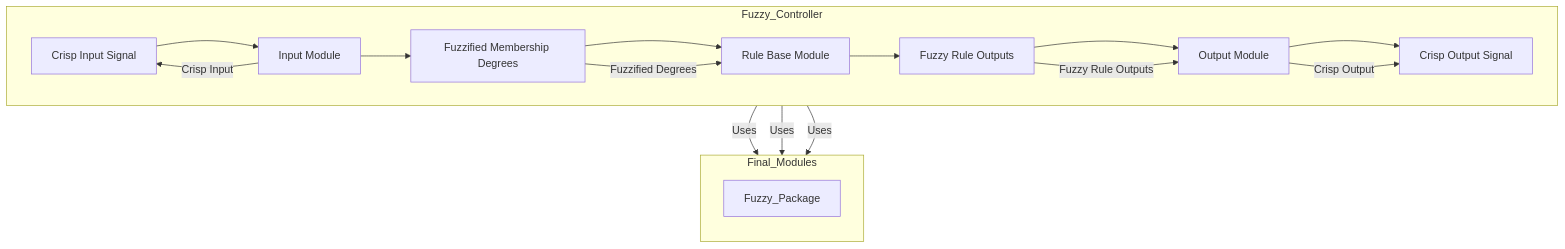
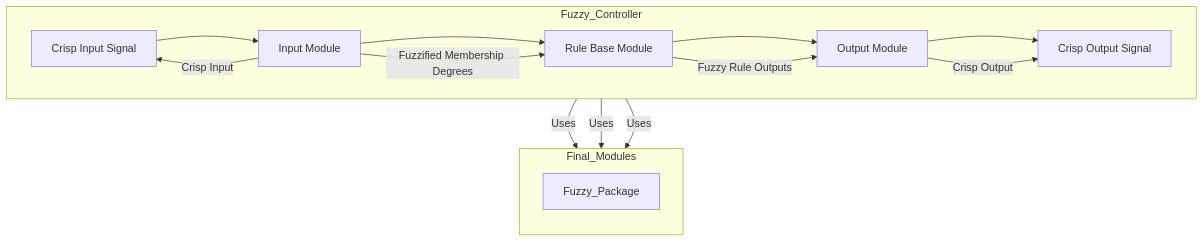
The diagram in VHDL_Fuzzy_Logic_System/README.md (Traffic-Light-Senior-Design/Fuzzy-Logic-Traffic-Light-Controller-Using-FPGA), drawn with Mermaid before and after one commit.

````diff
--- a/VHDL_Fuzzy_Logic_System/README.md
+++ b/VHDL_Fuzzy_Logic_System/README.md
@@ -29,27 +29,25 @@
 ```mermaid
 graph TD
     subgraph Fuzzy_Controller
         direction LR
         A1[Crisp Input Signal] --> B1[Input Module]
-        B1 --> C1[Fuzzified Membership Degrees]
-        C1 --> D1[Rule Base Module]
-        D1 --> E1[Fuzzy Rule Outputs]
-        E1 --> F1[Output Module]
+        B1 --> D1[Rule Base Module]
+        D1 --> F1[Output Module]
         F1 --> G1[Crisp Output Signal]
     end
 
     subgraph Final_Modules
         direction TB
         B1 -- Uses --> Z1[Fuzzy_Package]
         D1 -- Uses --> Z1
         F1 -- Uses --> Z1
     end
 
     %% Label Inputs and Outputs
     B1 -- Crisp Input --> A1
     F1 -- Crisp Output --> G1
     
     %% Inputs/Outputs to and from Rule Base
-    C1 -- Fuzzified Degrees --> D1
-    E1 -- Fuzzy Rule Outputs --> F1
+    B1 -- Fuzzified Membership Degrees --> D1
+    D1 -- Fuzzy Rule Outputs --> F1
 ```
````
